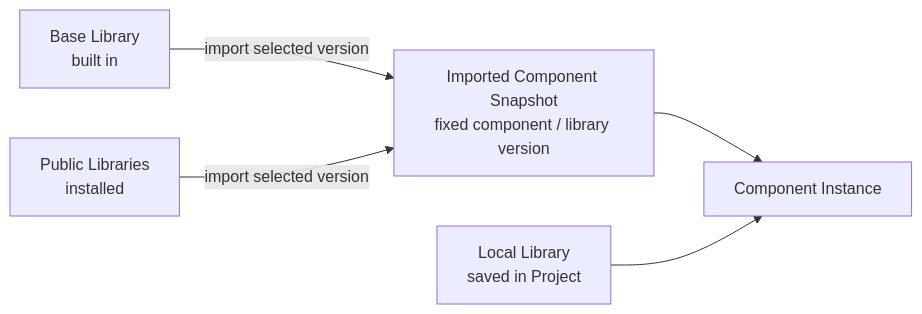
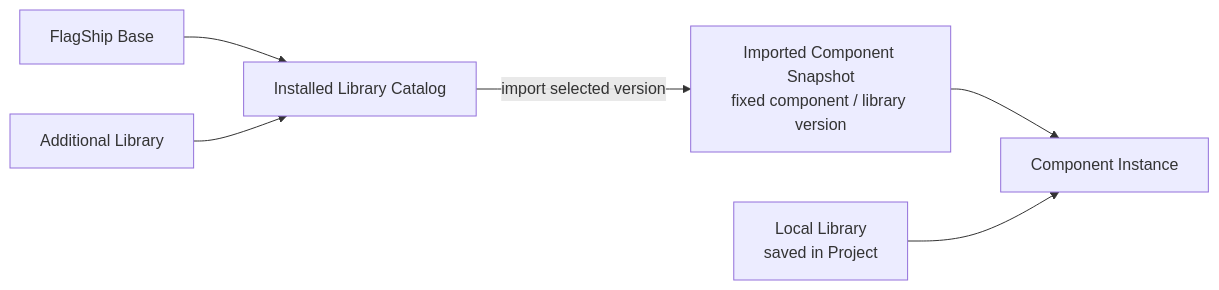
One commit to northwest-hcu/FlagShip changed the seventh of 11 diagrams in docs/architecture/03-technology-and-system-architecture.md. Above: the diagram before and after it, drawn with Mermaid. The commit also changed other lines of this file and 24 other files, not shown here.

````diff
--- a/docs/architecture/03-technology-and-system-architecture.md
+++ b/docs/architecture/03-technology-and-system-architecture.md
@@ -228,13 +228,15 @@
 ```mermaid
 flowchart LR
-    Base["Base Library<br/>built in"]
-    Public["Public Libraries<br/>installed"]
+    Base["FlagShip Base"]
+    Public["Additional Library"]
+    Catalog["Installed Library Catalog"]
     Imported["Imported Component Snapshot<br/>fixed component / library version"]
     Local["Local Library<br/>saved in Project"]
     Instance["Component Instance"]
 
-    Base -->|"import selected version"| Imported
-    Public -->|"import selected version"| Imported
+    Base --> Catalog
+    Public --> Catalog
+    Catalog -->|"import selected version"| Imported
     Imported --> Instance
     Local --> Instance
 ```
````
